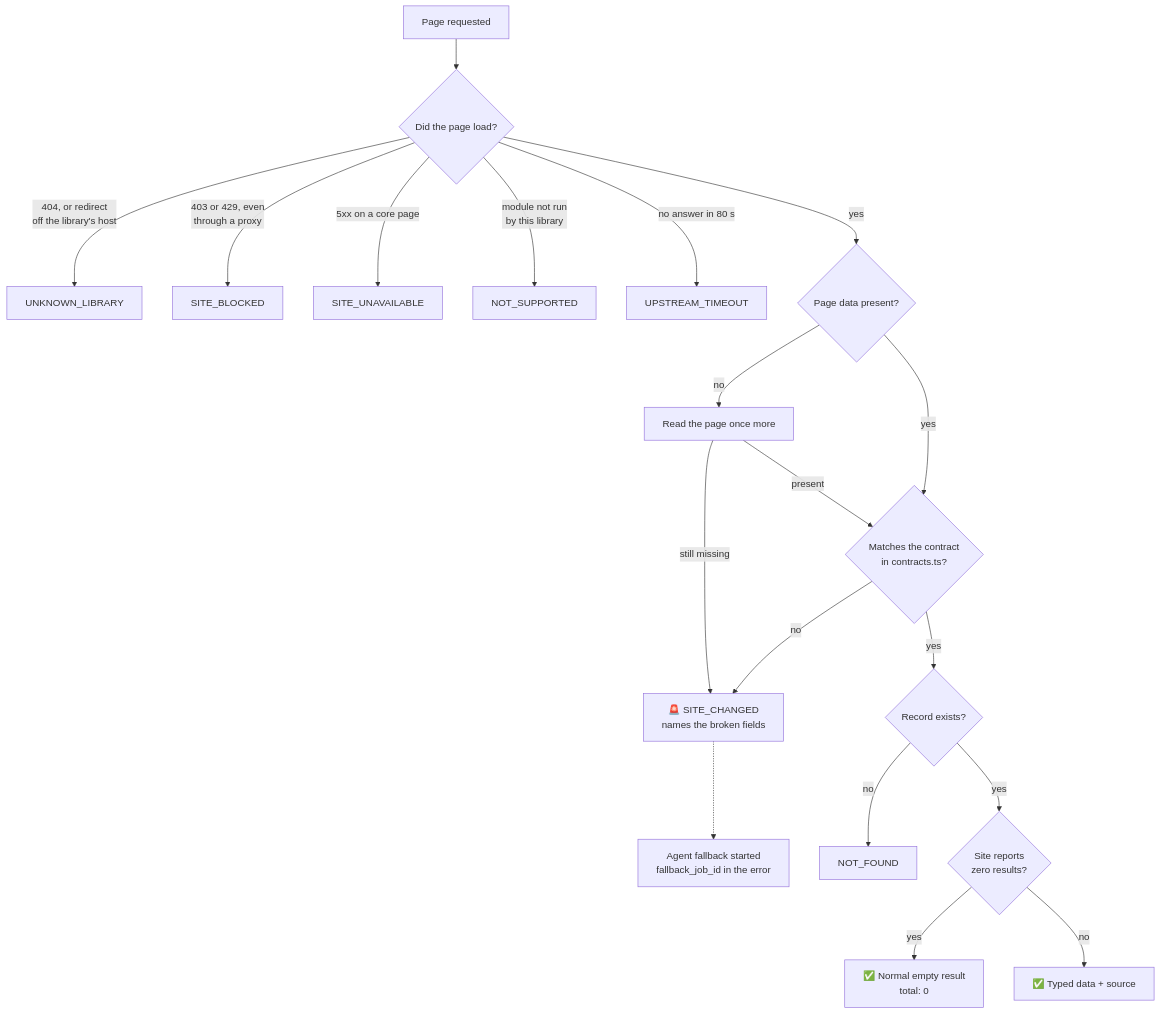
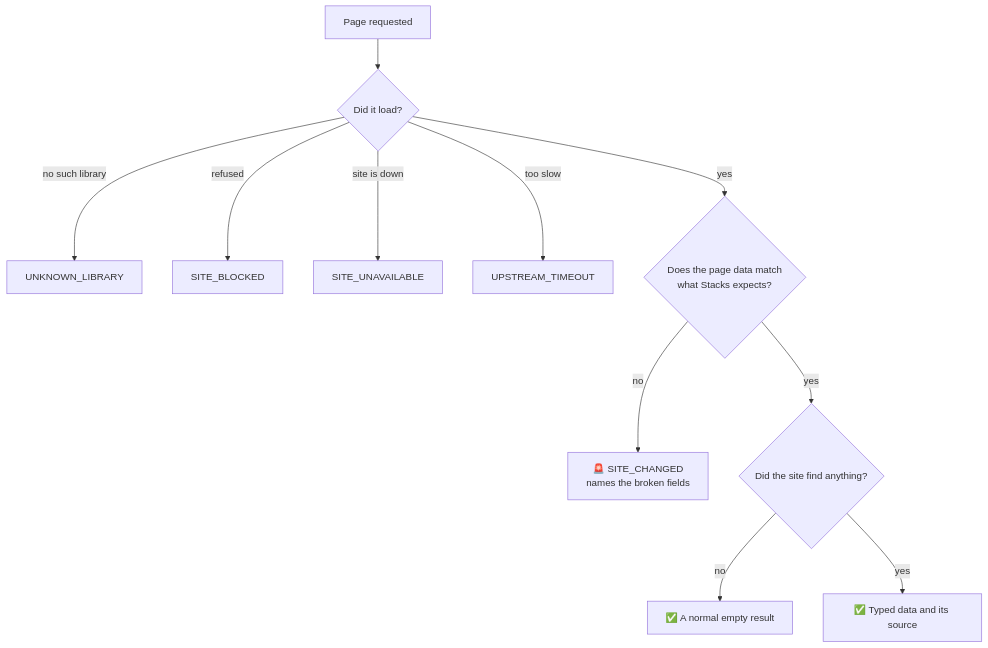
The fifth of 6 diagrams in README.md (VivekSalwan2000/stacks-mcp), drawn with Mermaid before and after one commit. The commit also changed other lines of this file and 4 other files, not shown here.

````diff
--- a/README.md
+++ b/README.md
@@ -424,21 +287,13 @@
 ```mermaid
 flowchart TD
-  P["Page requested"] --> R{"Did the page load?"}
-  R -- "404, or redirect<br/>off the library's host" --> E1["UNKNOWN_LIBRARY"]
-  R -- "403 or 429, even<br/>through a proxy" --> E2["SITE_BLOCKED"]
-  R -- "5xx on a core page" --> E3["SITE_UNAVAILABLE"]
-  R -- "module not run<br/>by this library" --> E4["NOT_SUPPORTED"]
-  R -- "no answer in 80 s" --> E5["UPSTREAM_TIMEOUT"]
-  R -- yes --> D{"Page data present?"}
-  D -- "no" --> RT["Read the page once more"]
-  RT -- "still missing" --> SC["🚨 SITE_CHANGED<br/>names the broken fields"]
-  RT -- "present" --> C
-  D -- yes --> C{"Matches the contract<br/>in contracts.ts?"}
-  C -- no --> SC
-  C -- yes --> F{"Record exists?"}
-  F -- no --> E6["NOT_FOUND"]
-  F -- yes --> Z{"Site reports<br/>zero results?"}
-  Z -- yes --> OK0["✅ Normal empty result<br/>total: 0"]
-  Z -- no --> OK["✅ Typed data + source"]
-  SC -.-> FB["Agent fallback started<br/>fallback_job_id in the error"]
+  P["Page requested"] --> R{"Did it load?"}
+  R -- "no such library" --> E1["UNKNOWN_LIBRARY"]
+  R -- "refused" --> E2["SITE_BLOCKED"]
+  R -- "site is down" --> E3["SITE_UNAVAILABLE"]
+  R -- "too slow" --> E5["UPSTREAM_TIMEOUT"]
+  R -- yes --> C{"Does the page data match<br/>what Stacks expects?"}
+  C -- no --> SC["🚨 SITE_CHANGED<br/>names the broken fields"]
+  C -- yes --> Z{"Did the site find anything?"}
+  Z -- no --> OK0["✅ A normal empty result"]
+  Z -- yes --> OK["✅ Typed data and its source"]
 ```
````
